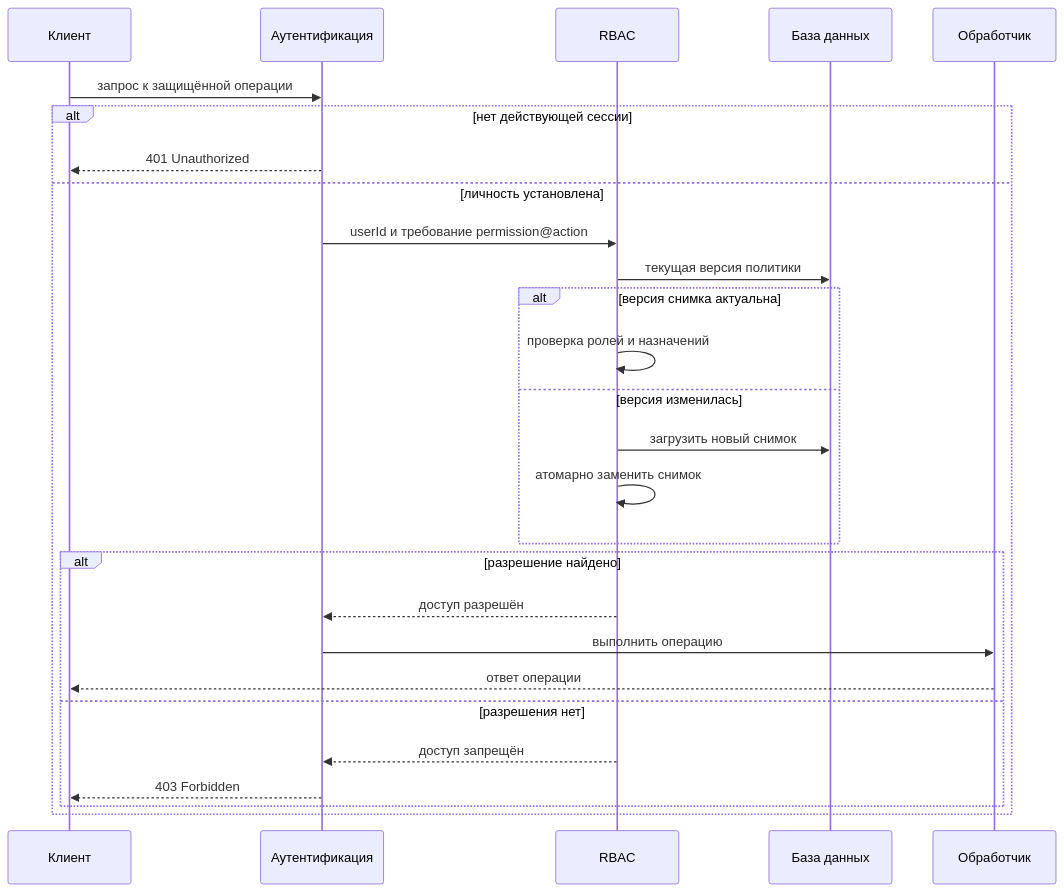
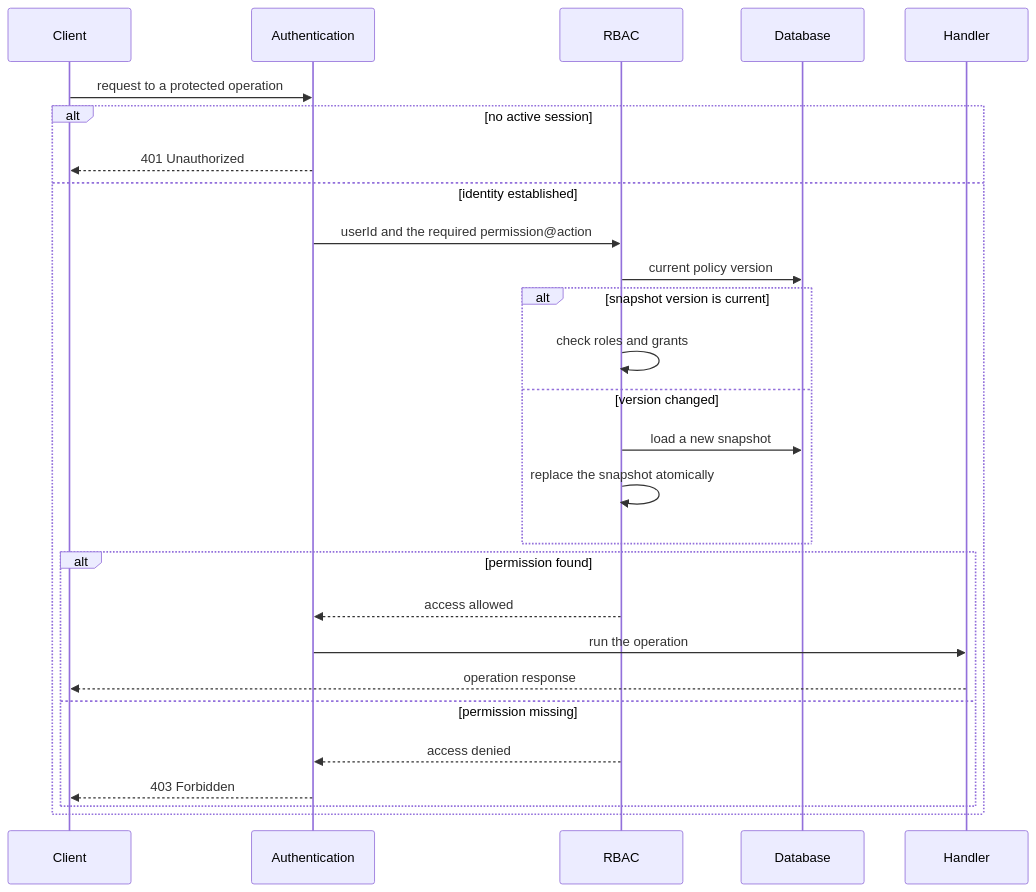
The first of 3 diagrams in courses-content/backend/A/1/en/2.1.3 RBAC.md (pavel-skripko-innowise/inno-fe-be-a1), drawn with Mermaid before and after one commit. The commit also changed other lines of this file and 35 other files, not shown here.

````diff
--- a/courses-content/backend/A/1/en/2.1.3 RBAC.md
+++ b/courses-content/backend/A/1/en/2.1.3 RBAC.md
@@ -36,29 +36,29 @@
 ```mermaid
 sequenceDiagram
-  participant C as Клиент
-  participant A as Аутентификация
+  participant C as Client
+  participant A as Authentication
   participant R as RBAC
-  participant D as База данных
-  participant H as Обработчик
-  C->>A: запрос к защищённой операции
-  alt нет действующей сессии
+  participant D as Database
+  participant H as Handler
+  C->>A: request to a protected operation
+  alt no active session
     A-->>C: 401 Unauthorized
-  else личность установлена
-    A->>R: userId и требование permission@action
-    R->>D: текущая версия политики
-    alt версия снимка актуальна
-      R->>R: проверка ролей и назначений
-    else версия изменилась
-      R->>D: загрузить новый снимок
-      R->>R: атомарно заменить снимок
+  else identity established
+    A->>R: userId and the required permission@action
+    R->>D: current policy version
+    alt snapshot version is current
+      R->>R: check roles and grants
+    else version changed
+      R->>D: load a new snapshot
+      R->>R: replace the snapshot atomically
     end
-    alt разрешение найдено
-      R-->>A: доступ разрешён
-      A->>H: выполнить операцию
-      H-->>C: ответ операции
-    else разрешения нет
-      R-->>A: доступ запрещён
+    alt permission found
+      R-->>A: access allowed
+      A->>H: run the operation
+      H-->>C: operation response
+    else permission missing
+      R-->>A: access denied
       A-->>C: 403 Forbidden
     end
   end
 ```
````
